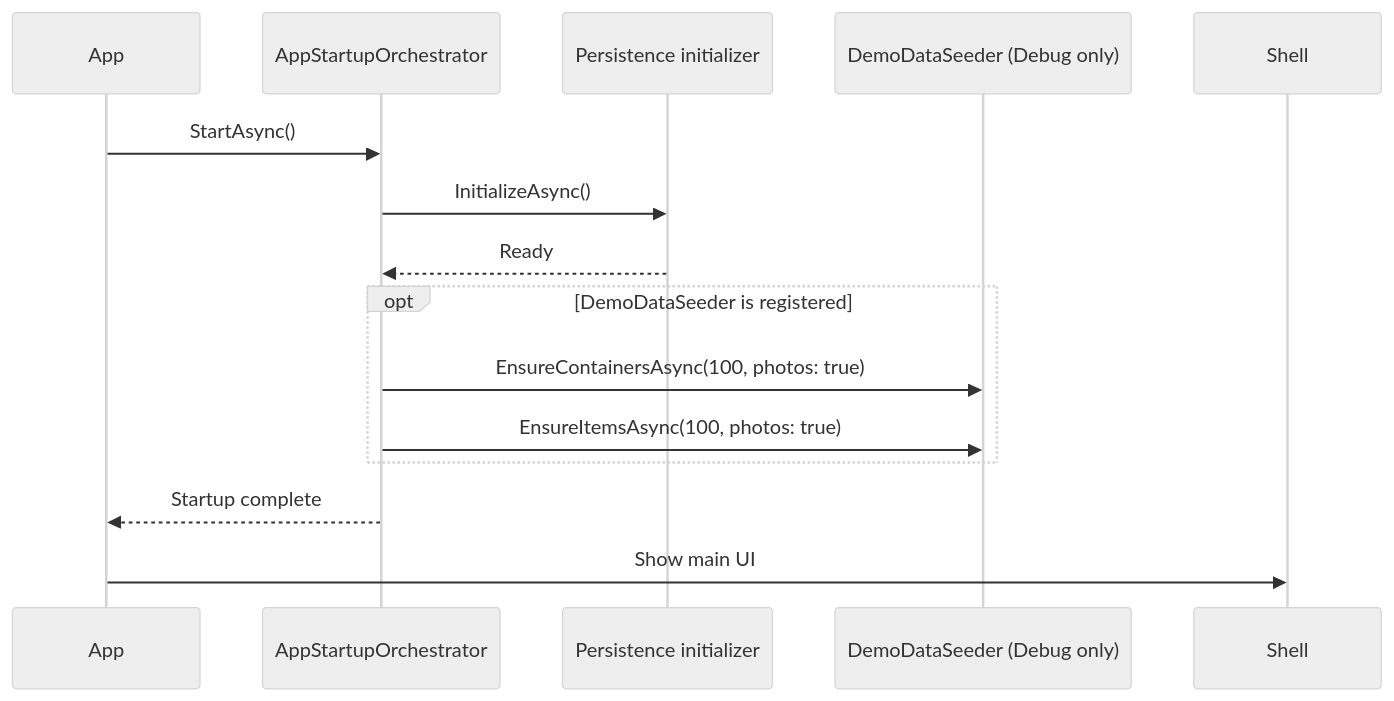
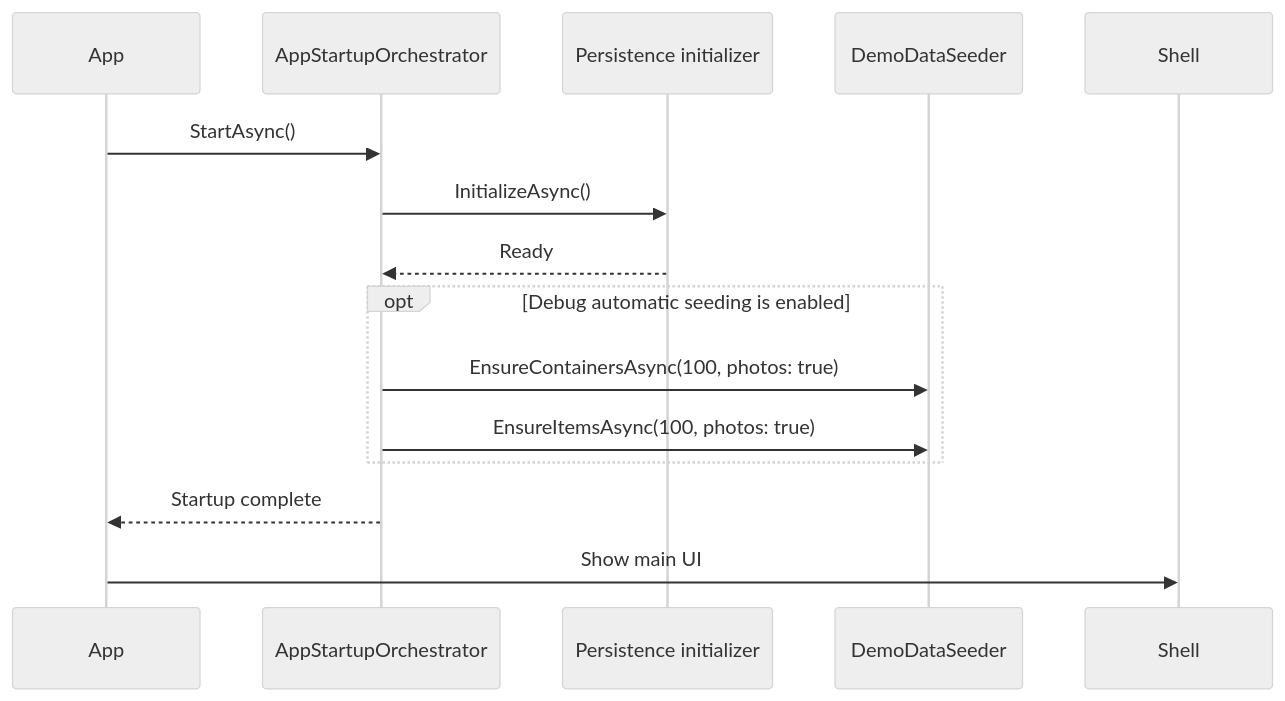
Before and after one commit to PRS-M/Mothball: the diagram in docs/Seeding.md, drawn with Mermaid (neutral theme). The commit also changed other lines of this file and 19 other files, not shown here.

````diff
--- a/docs/Seeding.md
+++ b/docs/Seeding.md
@@ -63,18 +63,18 @@
 ```mermaid
 sequenceDiagram
     participant App
     participant Startup as AppStartupOrchestrator
     participant Store as Persistence initializer
-    participant Seeder as DemoDataSeeder (Debug only)
+    participant Seeder as DemoDataSeeder
     participant Shell
 
     App->>Startup: StartAsync()
     Startup->>Store: InitializeAsync()
     Store-->>Startup: Ready
-    opt DemoDataSeeder is registered
+    opt Debug automatic seeding is enabled
         Startup->>Seeder: EnsureContainersAsync(100, photos: true)
         Startup->>Seeder: EnsureItemsAsync(100, photos: true)
     end
     Startup-->>App: Startup complete
     App->>Shell: Show main UI
 ```
````
